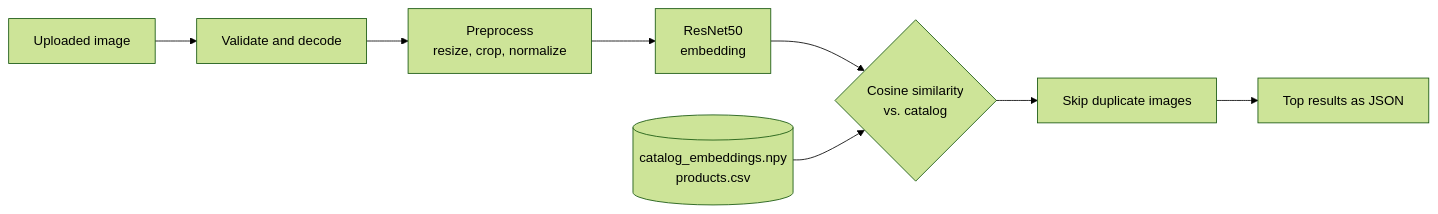
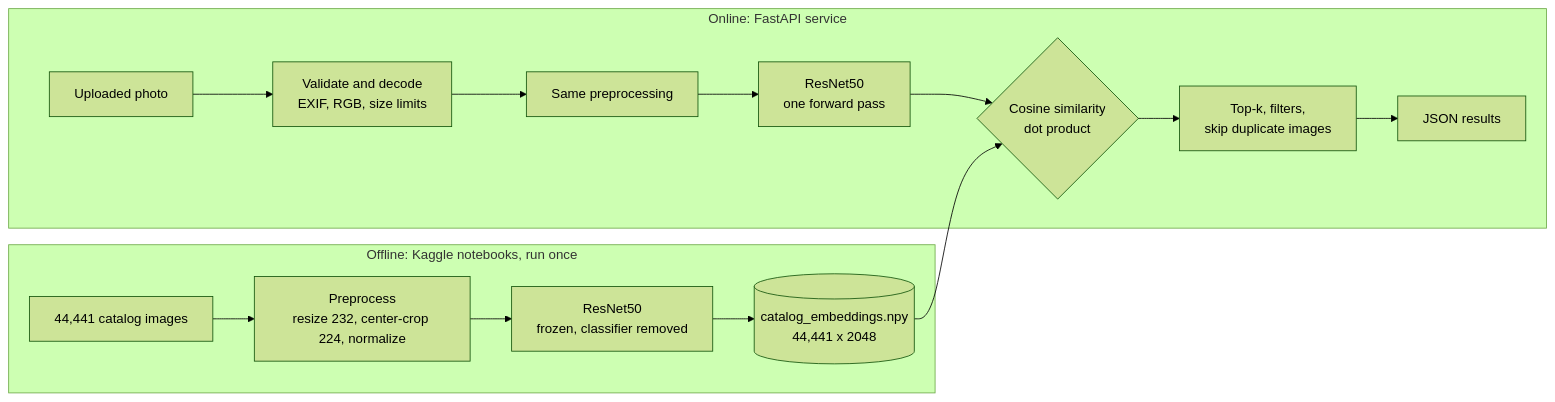
The diagram in README.md (GitT456/Visual-Product-Finder), drawn with Mermaid (forest theme) before and after one commit. The commit also changed other lines of this file, not shown here.

````diff
--- a/README.md
+++ b/README.md
@@ -10,10 +51,17 @@
 ```mermaid
 flowchart LR
-    U[Uploaded image] --> V[Validate and decode]
-    V --> P[Preprocess<br/>resize, crop, normalize]
-    P --> M[ResNet50<br/>embedding]
-    M --> S{Cosine similarity<br/>vs. catalog}
-    C[(catalog_embeddings.npy<br/>products.csv)] --> S
-    S --> D[Skip duplicate images]
-    D --> R[Top results as JSON]
+  subgraph OFFLINE["Offline: Kaggle notebooks, run once"]
+    A["44,441 catalog images"] --> B["Preprocess<br/>resize 232, center-crop 224, normalize"]
+    B --> C["ResNet50<br/>frozen, classifier removed"]
+    C --> D[("catalog_embeddings.npy<br/>44,441 x 2048")]
+  end
+  subgraph ONLINE["Online: FastAPI service"]
+    Q["Uploaded photo"] --> V["Validate and decode<br/>EXIF, RGB, size limits"]
+    V --> P2["Same preprocessing"]
+    P2 --> M["ResNet50<br/>one forward pass"]
+    M --> S{"Cosine similarity<br/>dot product"}
+    D --> S
+    S --> X["Top-k, filters,<br/>skip duplicate images"]
+    X --> R["JSON results"]
+  end
 ```
````
